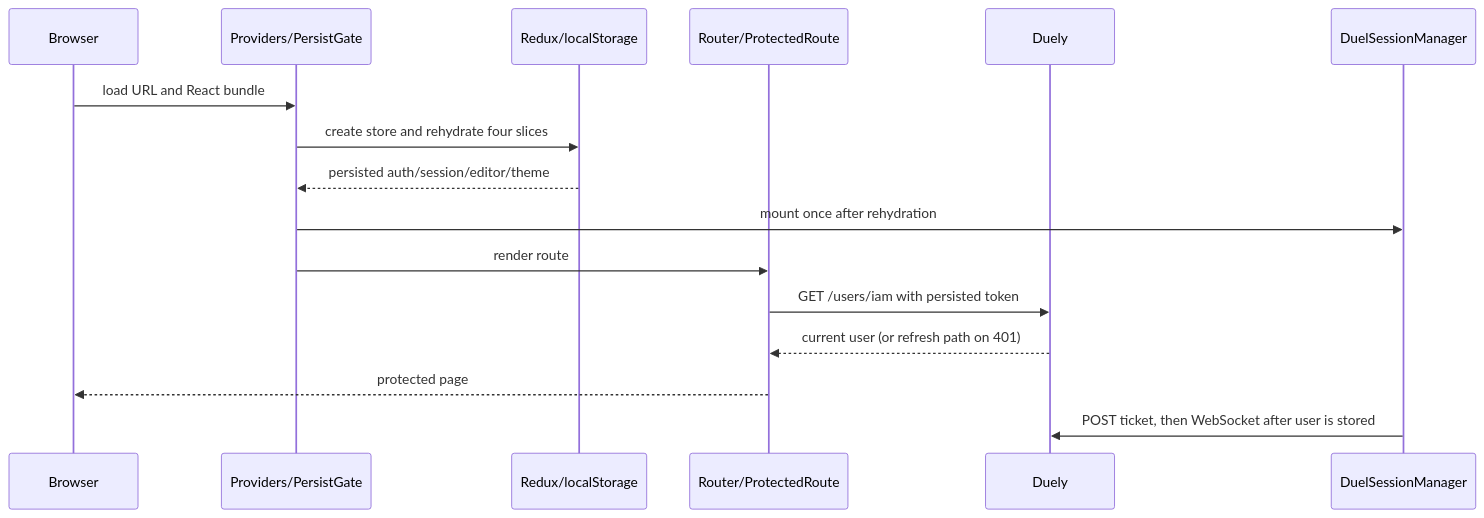
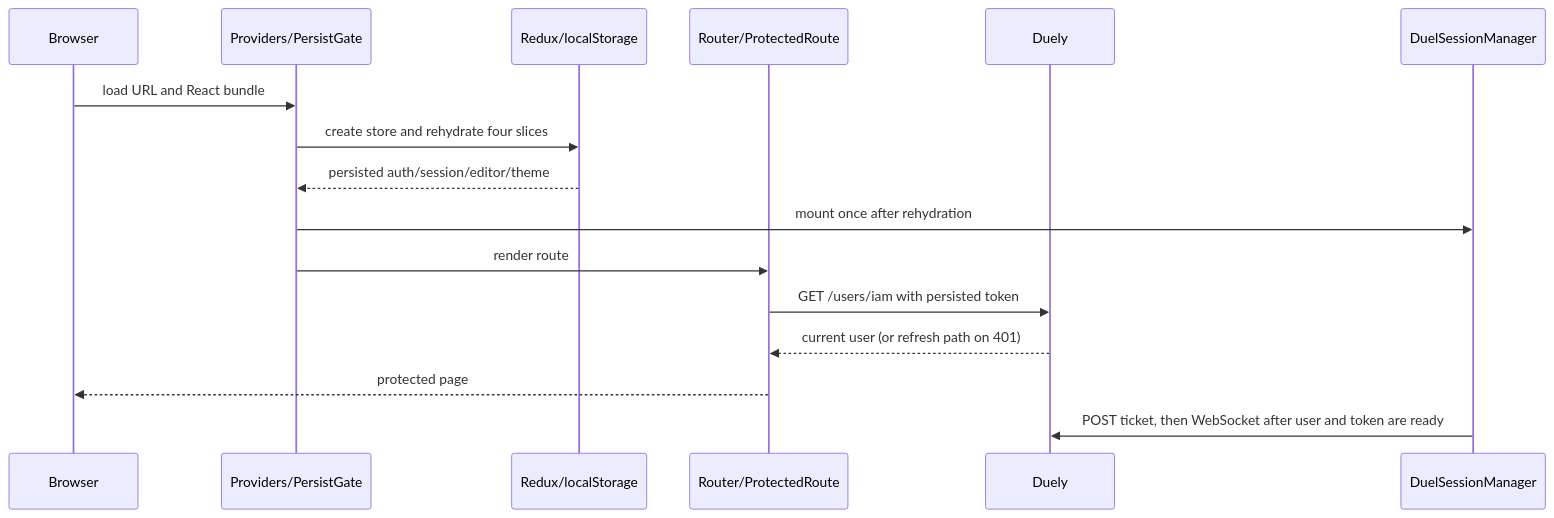
Before and after one commit to DIvanCode/CoDuels-Frontend: the diagram in docs/processes/application-bootstrap-and-routing.md, drawn with Mermaid. The commit also changed other lines of this file and 70 other files, not shown here.

````diff
--- a/docs/processes/application-bootstrap-and-routing.md
+++ b/docs/processes/application-bootstrap-and-routing.md
@@ -49,18 +51,18 @@
 ```mermaid
 sequenceDiagram
     participant B as Browser
     participant P as Providers/PersistGate
     participant S as Redux/localStorage
     participant R as Router/ProtectedRoute
     participant D as Duely
     participant M as DuelSessionManager
     B->>P: load URL and React bundle
     P->>S: create store and rehydrate four slices
     S-->>P: persisted auth/session/editor/theme
     P->>M: mount once after rehydration
     P->>R: render route
     R->>D: GET /users/iam with persisted token
     D-->>R: current user (or refresh path on 401)
     R-->>B: protected page
-    M->>D: POST ticket, then WebSocket after user is stored
+    M->>D: POST ticket, then WebSocket after user and token are ready
 ```
````
